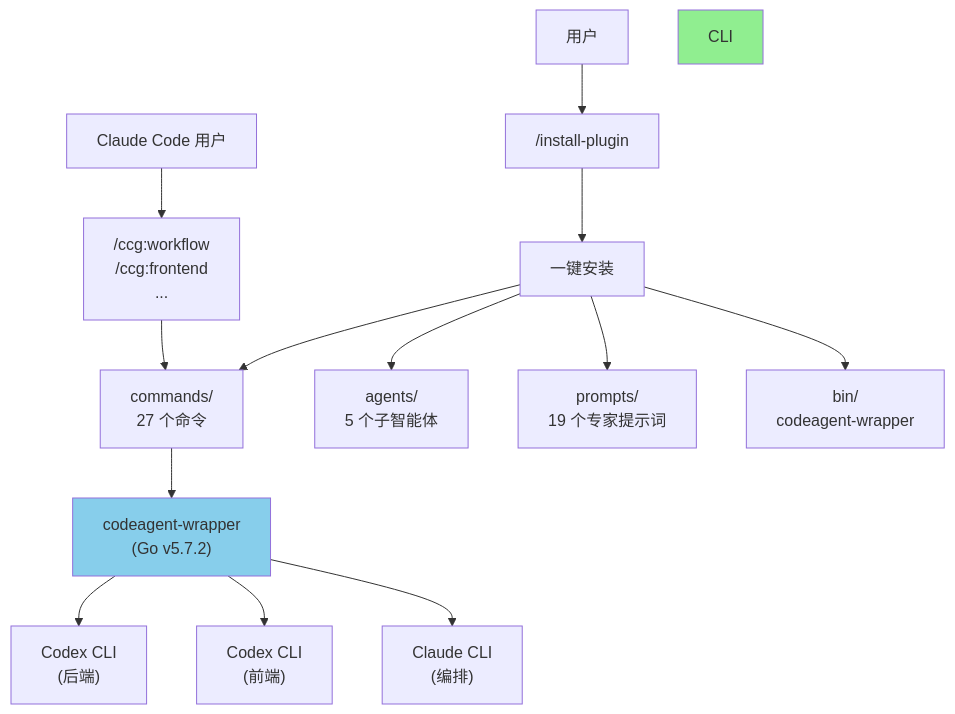
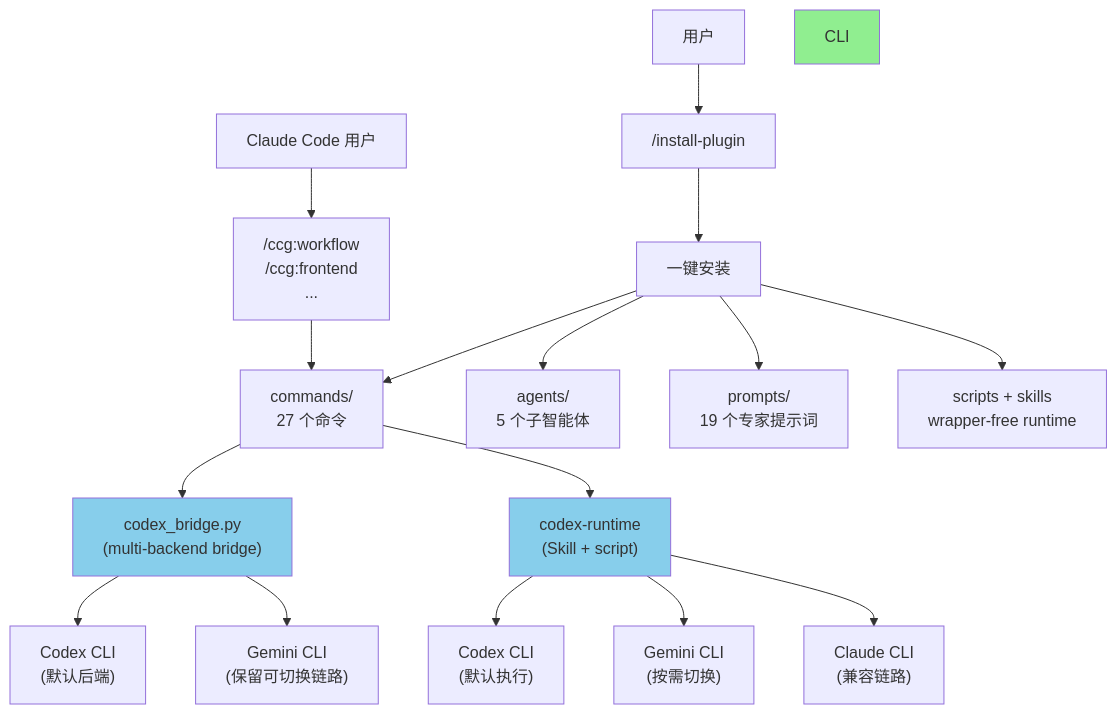
The first of 2 diagrams in CLAUDE.md (13210541230/ccg-workflow), drawn with Mermaid before and after one commit. The commit also changed other lines of this file and 97 other files, not shown here.

````diff
--- a/CLAUDE.md
+++ b/CLAUDE.md
@@ -118,21 +124,25 @@
 ```mermaid
 graph TD
     User["用户"] --> Plugin["/install-plugin"]
     Plugin --> Init["一键安装"]
 
     Init --> Commands["commands/<br/>27 个命令"]
     Init --> Agents["agents/<br/>5 个子智能体"]
     Init --> Prompts["prompts/<br/>19 个专家提示词"]
-    Init --> Binary["bin/<br/>codeagent-wrapper"]
+    Init --> Runtime["scripts + skills<br/>wrapper-free runtime"]
 
     User2["Claude Code 用户"] --> SlashCmd["/ccg:workflow<br/>/ccg:frontend<br/>..."]
     SlashCmd --> Commands
 
-    Commands --> Wrapper["codeagent-wrapper<br/>(Go v5.7.2)"]
-    Wrapper --> Codex["Codex CLI<br/>(后端)"]
-    Wrapper --> Codex2["Codex CLI<br/>(前端)"]
-    Wrapper --> Claude2["Claude CLI<br/>(编排)"]
+    Commands --> Bridge["codex_bridge.py<br/>(multi-backend bridge)"]
+    Commands --> Skill["codex-runtime<br/>(Skill + script)"]
+    Bridge --> Codex["Codex CLI<br/>(默认后端)"]
+    Bridge --> Gemini["Gemini CLI<br/>(保留可切换链路)"]
+    Skill --> Codex2["Codex CLI<br/>(默认执行)"]
+    Skill --> Gemini2["Gemini CLI<br/>(按需切换)"]
+    Skill --> Claude2["Claude CLI<br/>(兼容链路)"]
 
     style CLI fill:#90EE90
-    style Wrapper fill:#87CEEB
+    style Bridge fill:#87CEEB
+    style Skill fill:#87CEEB
 ```
````
